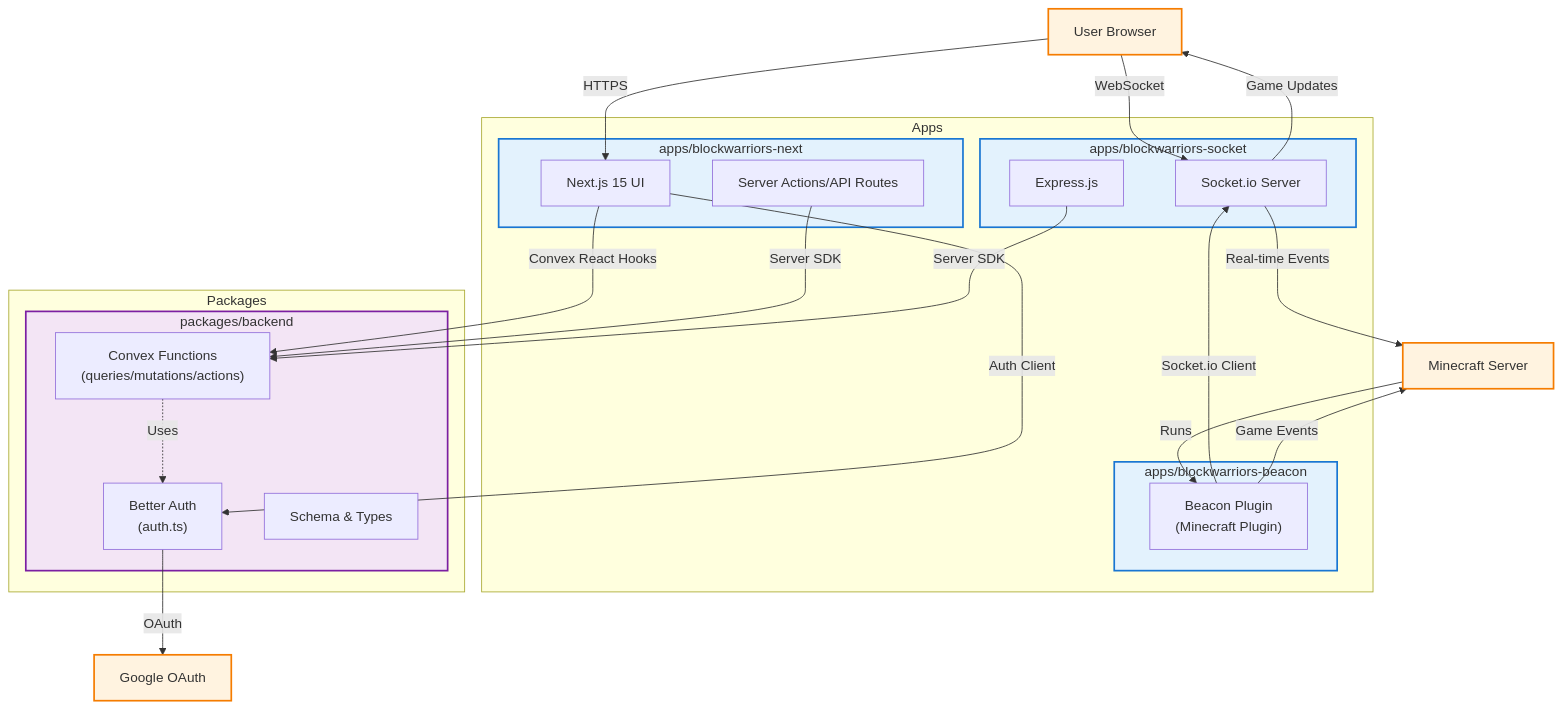
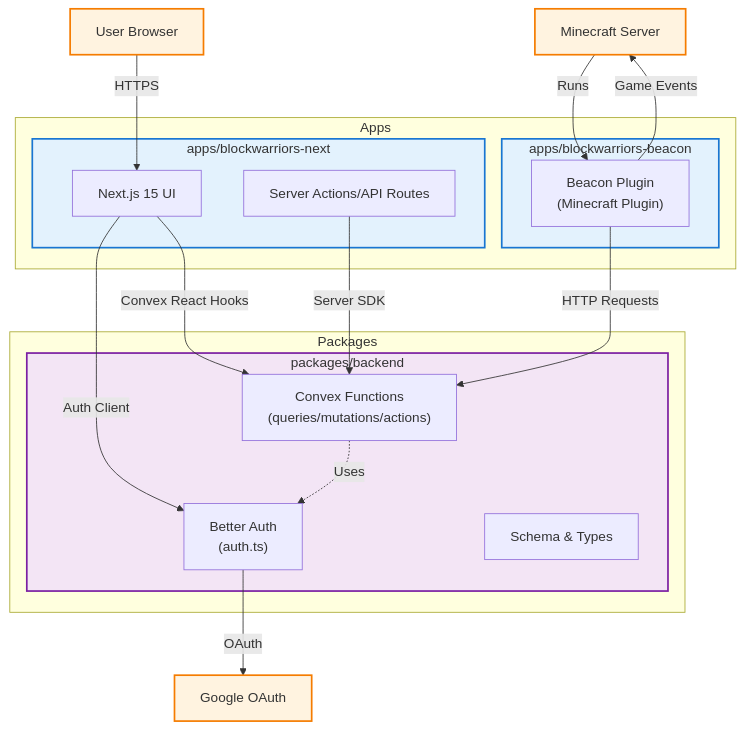
One commit to project-blockwarriors/blockwarriors-cmd changed the diagram in docs/stack.md. Above: the diagram before and after it, drawn with Mermaid. The commit also changed other lines of this file and 20 other files, not shown here.

Commit message:
refactor: remove Socket.IO dependency and transition to Convex HTTP routes for player login and match management

````diff
--- a/docs/stack.md
+++ b/docs/stack.md
@@ -7,65 +7,54 @@
 ```mermaid
 graph TB
     %% External Services
     User[User Browser]
     Google[Google OAuth]
     MC[Minecraft Server]
 
     %% Apps
     subgraph Apps
         subgraph NextApp["apps/blockwarriors-next"]
             NextUI[Next.js 15 UI]
             NextAPI[Server Actions/API Routes]
-        end
-
-        subgraph SocketApp["apps/blockwarriors-socket"]
-            Express[Express.js]
-            SocketIO[Socket.io Server]
         end
 
         subgraph BeaconApp["apps/blockwarriors-beacon"]
             BeaconPlugin["Beacon Plugin<br/>(Minecraft Plugin)"]
         end
     end
 
     %% Packages
     subgraph Packages
         subgraph Backend["packages/backend"]
             ConvexFns["Convex Functions<br/>(queries/mutations/actions)"]
             Auth["Better Auth<br/>(auth.ts)"]
             Schema[Schema & Types]
         end
     end
 
     %% User Interactions
     User -->|HTTPS| NextUI
-    User -->|WebSocket| SocketIO
 
     %% Next.js App Connections
     NextUI -->|Convex React Hooks| ConvexFns
     NextAPI -->|Server SDK| ConvexFns
     NextUI -->|Auth Client| Auth
 
-    %% Socket App Connections
-    Express -->|Server SDK| ConvexFns
-    SocketIO -->|Real-time Events| MC
-    SocketIO -->|Game Updates| User
-
     %% Minecraft Plugin Connections
     MC -->|Runs| BeaconPlugin
-    BeaconPlugin -->|Socket.io Client| SocketIO
+    BeaconPlugin -->|HTTP Requests| ConvexFns
     BeaconPlugin -->|Game Events| MC
 
     %% Auth Flow
     Auth -->|OAuth| Google
     ConvexFns -.->|Uses| Auth
 
     %% Styling
     classDef app fill:#e3f2fd,stroke:#1976d2,stroke-width:2px
     classDef pkg fill:#f3e5f5,stroke:#7b1fa2,stroke-width:2px
     classDef external fill:#fff3e0,stroke:#f57c00,stroke-width:2px
-    
-    class NextApp,SocketApp,BeaconApp app
+
+    class NextApp,BeaconApp app
     class Backend pkg
     class User,Google,MC external
 ```
````
